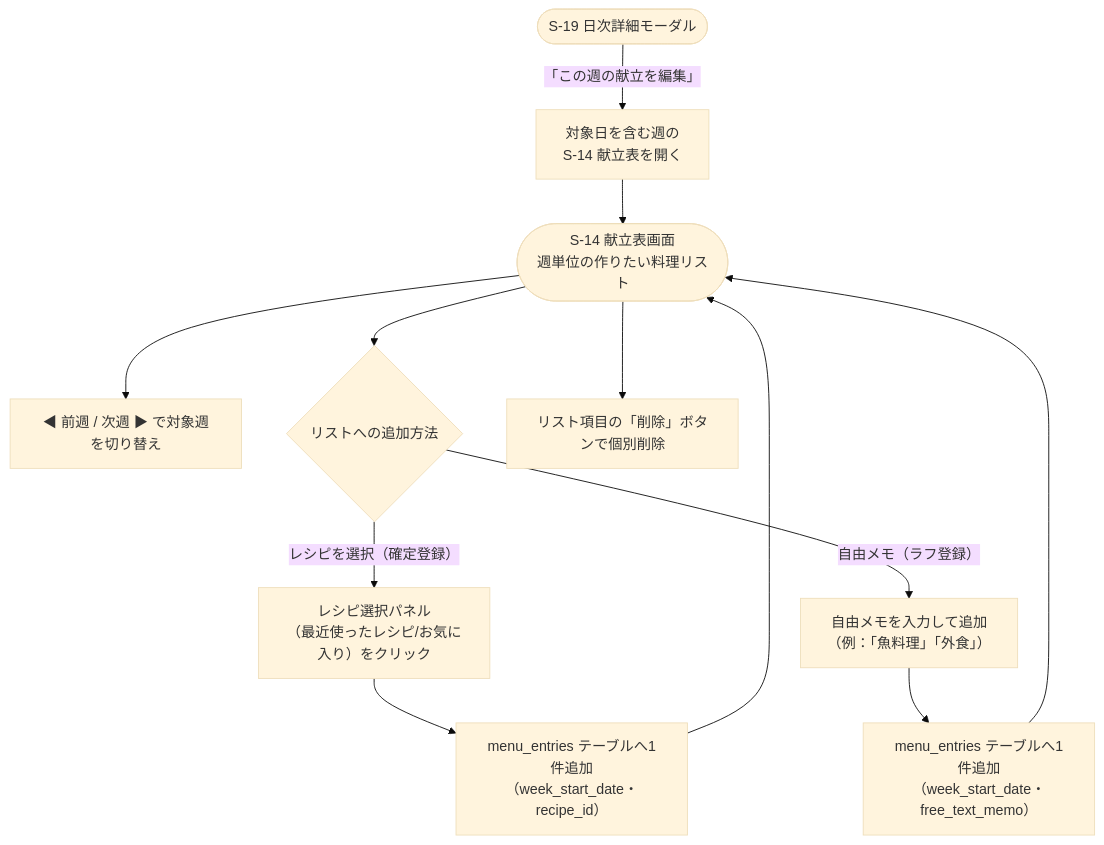
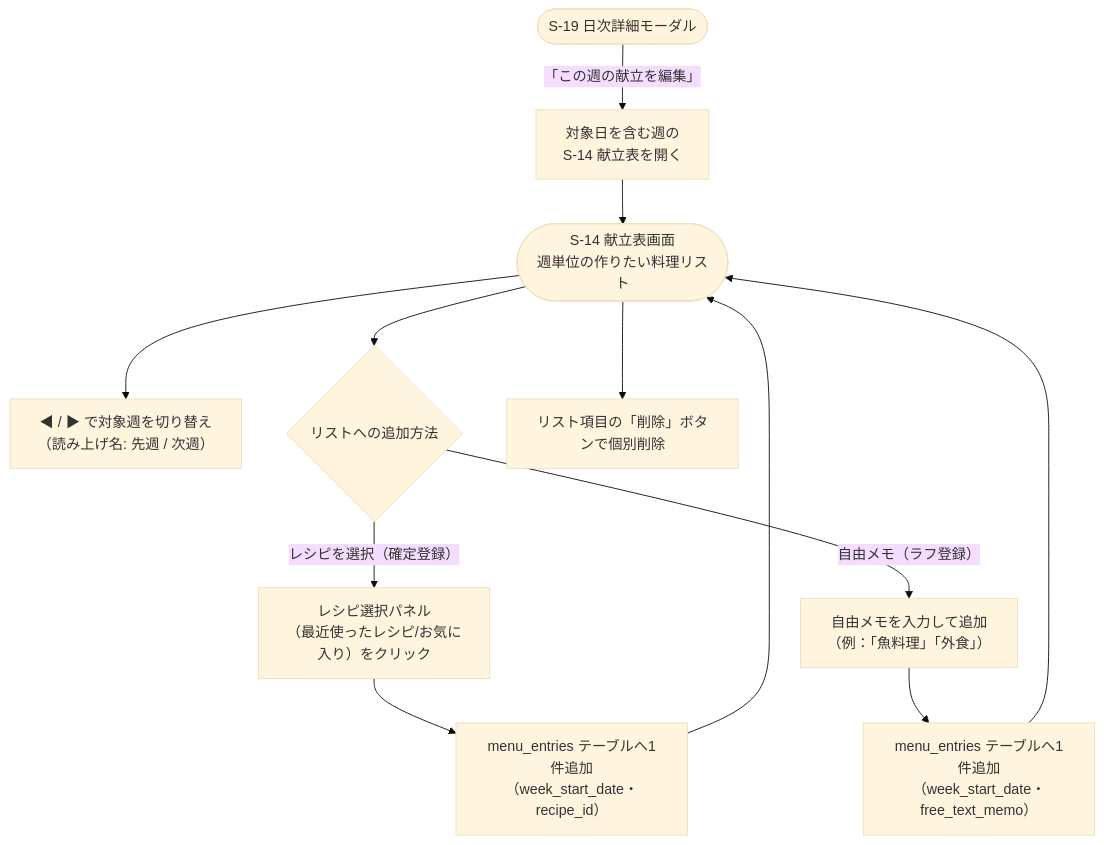
One commit to yamamotonaoki3/HomeLog changed the diagram in docs/details/features/F10_kondate_menu.md. Above: the diagram before and after it, drawn with Mermaid (base theme). The commit also changed other lines of this file and 4 other files, not shown here.

````diff
--- a/docs/details/features/F10_kondate_menu.md
+++ b/docs/details/features/F10_kondate_menu.md
@@ -21,15 +21,15 @@
 ```mermaid
 flowchart TD
-    A([S-14 献立表画面\n週単位の作りたい料理リスト]) --> B["◀ 前週 / 次週 ▶ で対象週を切り替え"]
+    A([S-14 献立表画面\n週単位の作りたい料理リスト]) --> B["◀ / ▶ で対象週を切り替え（読み上げ名: 先週 / 次週）"]
     A --> C{リストへの追加方法}
     C -- レシピを選択（確定登録） --> D["レシピ選択パネル\n（最近使ったレシピ/お気に入り）をクリック"]
     C -- 自由メモ（ラフ登録） --> E["自由メモを入力して追加\n（例：「魚料理」「外食」）"]
     D --> F["menu_entries テーブルへ1件追加\n（week_start_date・recipe_id）"]
     E --> G["menu_entries テーブルへ1件追加\n（week_start_date・free_text_memo）"]
     F --> A
     G --> A
     A --> H["リスト項目の「削除」ボタンで個別削除"]
 
     I([S-19 日次詳細モーダル]) -- 「この週の献立を編集」 --> J["対象日を含む週の\nS-14 献立表を開く"]
     J --> A
 ```
````
